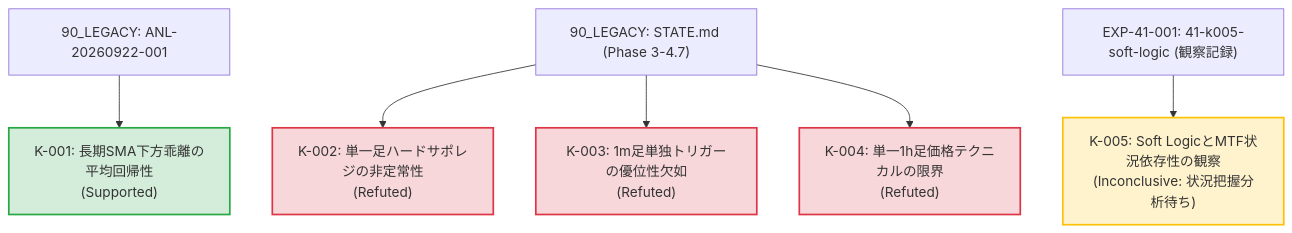
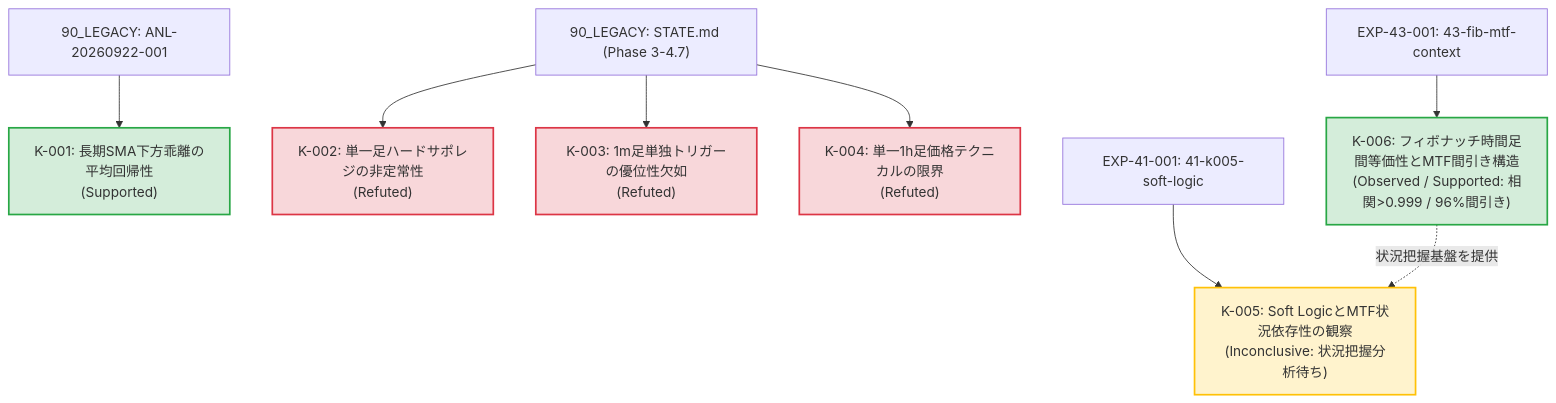
The diagram in 03_KNOWLEDGE/knowledge-lineage.md (makagi/MTF_AI_Trade), drawn with Mermaid before and after one commit. The commit also changed other lines of this file and 6 other files, not shown here.

````diff
--- a/03_KNOWLEDGE/knowledge-lineage.md
+++ b/03_KNOWLEDGE/knowledge-lineage.md
@@ -28,18 +28,21 @@
 ```mermaid
 graph TD
     classDef supported fill:#d4edda,stroke:#28a745,stroke-width:2px;
     classDef refuted fill:#f8d7da,stroke:#dc3545,stroke-width:2px;
     classDef inconclusive fill:#fff3cd,stroke:#ffc107,stroke-width:2px;
 
     K001["K-001: 長期SMA下方乖離の平均回帰性<br/>(Supported)"]:::supported
     K002["K-002: 単一足ハードサポレジの非定常性<br/>(Refuted)"]:::refuted
     K003["K-003: 1m足単独トリガーの優位性欠如<br/>(Refuted)"]:::refuted
     K004["K-004: 単一1h足価格テクニカルの限界<br/>(Refuted)"]:::refuted
     K005["K-005: Soft LogicとMTF状況依存性の観察<br/>(Inconclusive: 状況把握分析待ち)"]:::inconclusive
+    K006["K-006: フィボナッチ時間足間等価性とMTF間引き構造<br/>(Observed / Supported: 相関>0.999 / 96%間引き)"]:::supported
 
     LEG_ANL1["90_LEGACY: ANL-20260922-001"] --> K001
     LEG_STATE["90_LEGACY: STATE.md (Phase 3-4.7)"] --> K002
     LEG_STATE --> K003
     LEG_STATE --> K004
-    EXP041["EXP-41-001: 41-k005-soft-logic (観察記録)"] --> K005
+    EXP041["EXP-41-001: 41-k005-soft-logic"] --> K005
+    EXP043["EXP-43-001: 43-fib-mtf-context"] --> K006
+    K006 -.->|状況把握基盤を提供| K005
 ```
````
